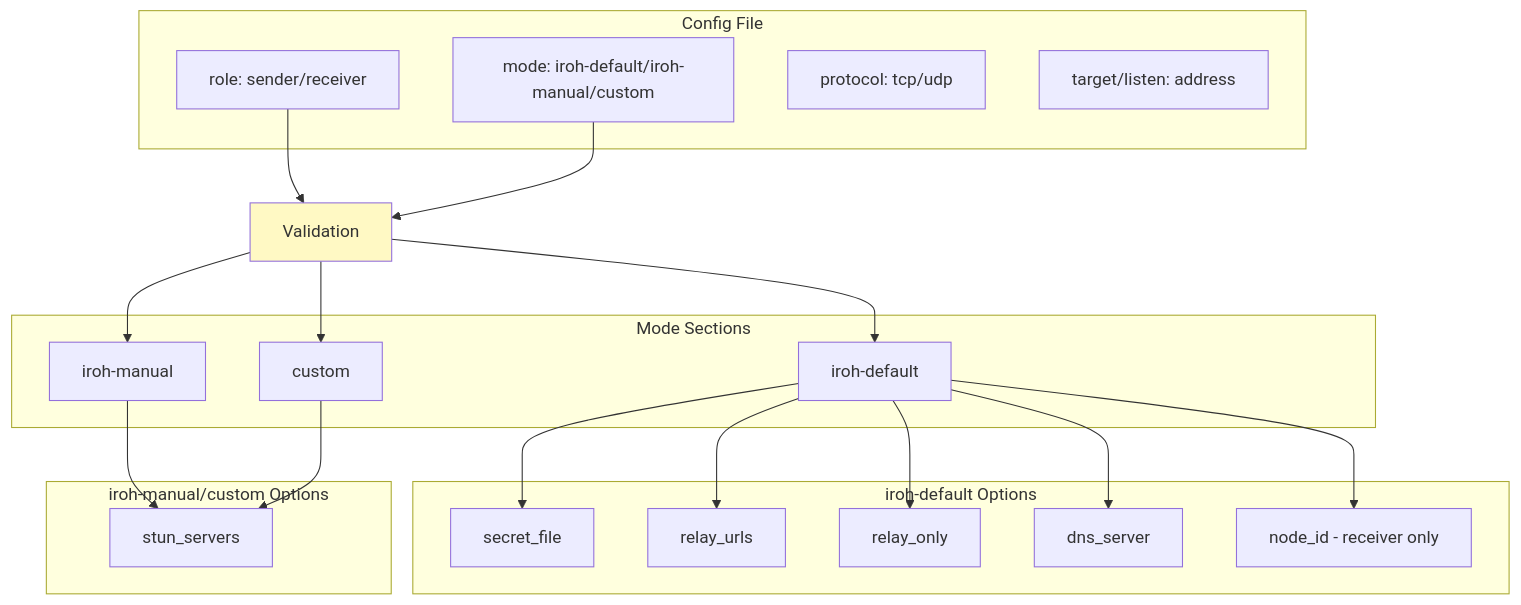
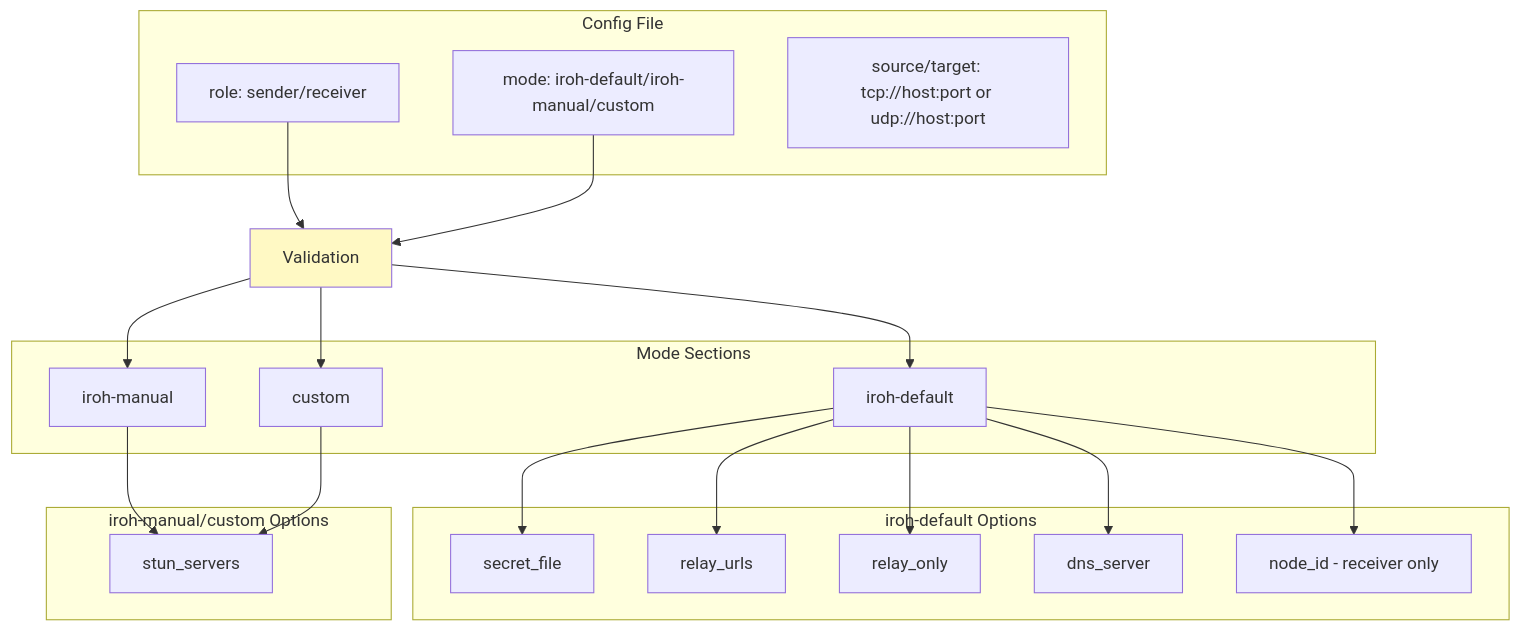
One commit to andrewtheguy/vpn-rs changed diagram 22 of 33 in docs/ARCHITECTURE.md. Above: the diagram before and after it, drawn with Mermaid. The commit also changed 6 other files, not shown here.

````diff
--- a/docs/ARCHITECTURE.md
+++ b/docs/ARCHITECTURE.md
@@ -856,44 +856,43 @@
 ```mermaid
 graph TB
     subgraph "Config File"
         A[role: sender/receiver]
         B[mode: iroh-default/iroh-manual/custom]
-        C[protocol: tcp/udp]
-        D[target/listen: address]
+        C[source/target: tcp://host:port or udp://host:port]
     end
     
     subgraph "Mode Sections"
         E[iroh-default]
         F[iroh-manual]
         G[custom]
     end
     
     subgraph "iroh-default Options"
         H[secret_file]
         I[relay_urls]
         J[relay_only]
         K[dns_server]
         L[node_id - receiver only]
     end
     
     subgraph "iroh-manual/custom Options"
         M[stun_servers]
     end
     
     A --> N[Validation]
     B --> N
     N --> E
     N --> F
     N --> G
     
     E --> H
     E --> I
     E --> J
     E --> K
     E --> L
     
     F --> M
     G --> M
     
     style N fill:#FFF9C4
 ```
````
